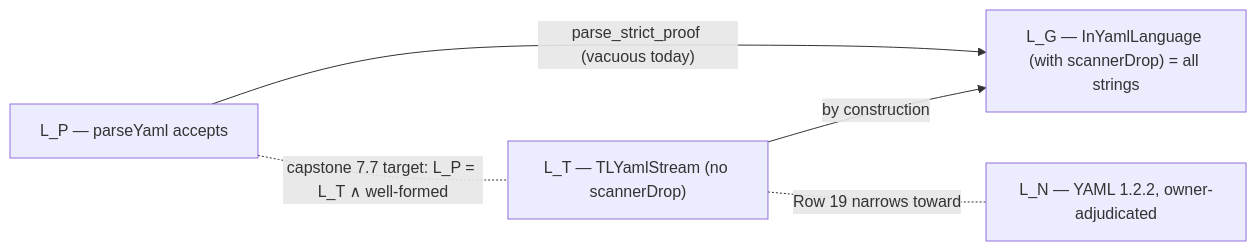
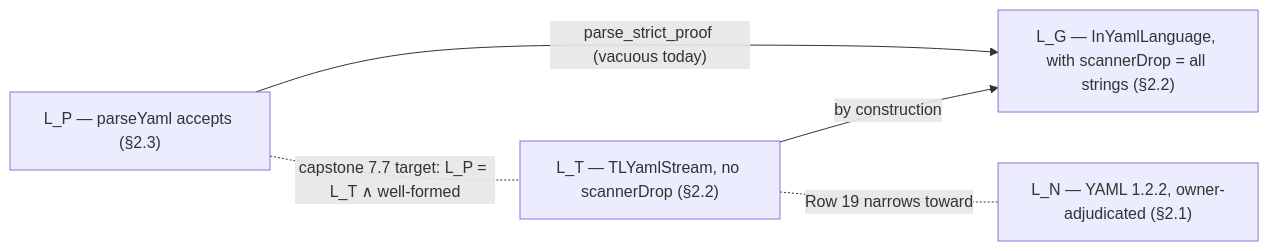
The first of 2 diagrams in EXPERIMENT.md (nasa-jpl/L4YAML), drawn with Mermaid before and after one commit. The commit also changed other lines of this file, not shown here.

````diff
--- a/EXPERIMENT.md
+++ b/EXPERIMENT.md
@@ -134,11 +221,11 @@
 ```mermaid
 flowchart LR
-  LP["L_P — parseYaml accepts"]
-  LT["L_T — TLYamlStream (no scannerDrop)"]
-  LG["L_G — InYamlLanguage (with scannerDrop) = all strings"]
-  LN["L_N — YAML 1.2.2, owner-adjudicated"]
+  LP["L_P — parseYaml accepts (§2.3)"]
+  LT["L_T — TLYamlStream, no scannerDrop (§2.2)"]
+  LG["L_G — InYamlLanguage, with scannerDrop = all strings (§2.2)"]
+  LN["L_N — YAML 1.2.2, owner-adjudicated (§2.1)"]
   LP -- "parse_strict_proof (vacuous today)" --> LG
   LT -- "by construction" --> LG
   LP -. "capstone 7.7 target: L_P = L_T ∧ well-formed" .- LT
   LT -. "Row 19 narrows toward" .- LN
 ```
````
